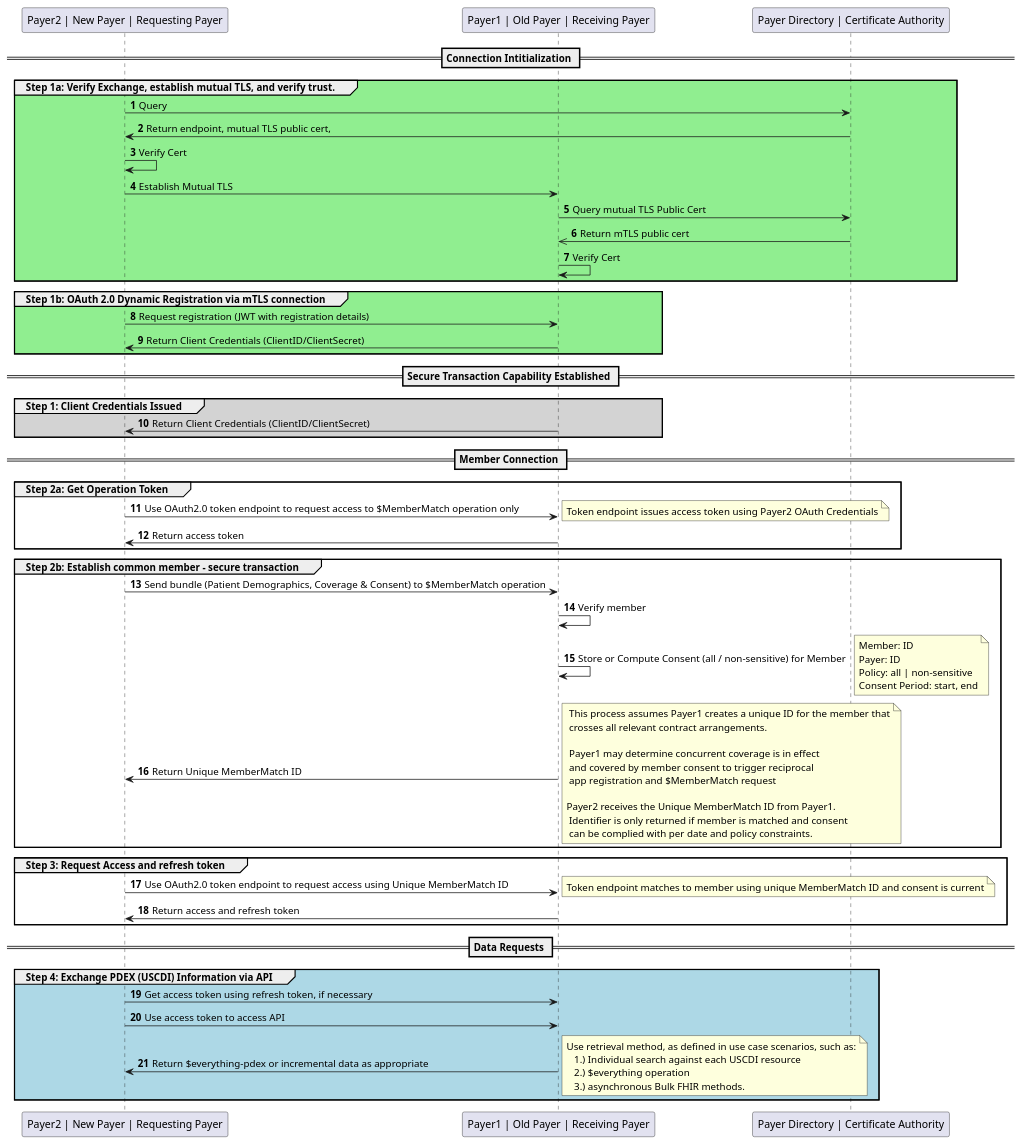
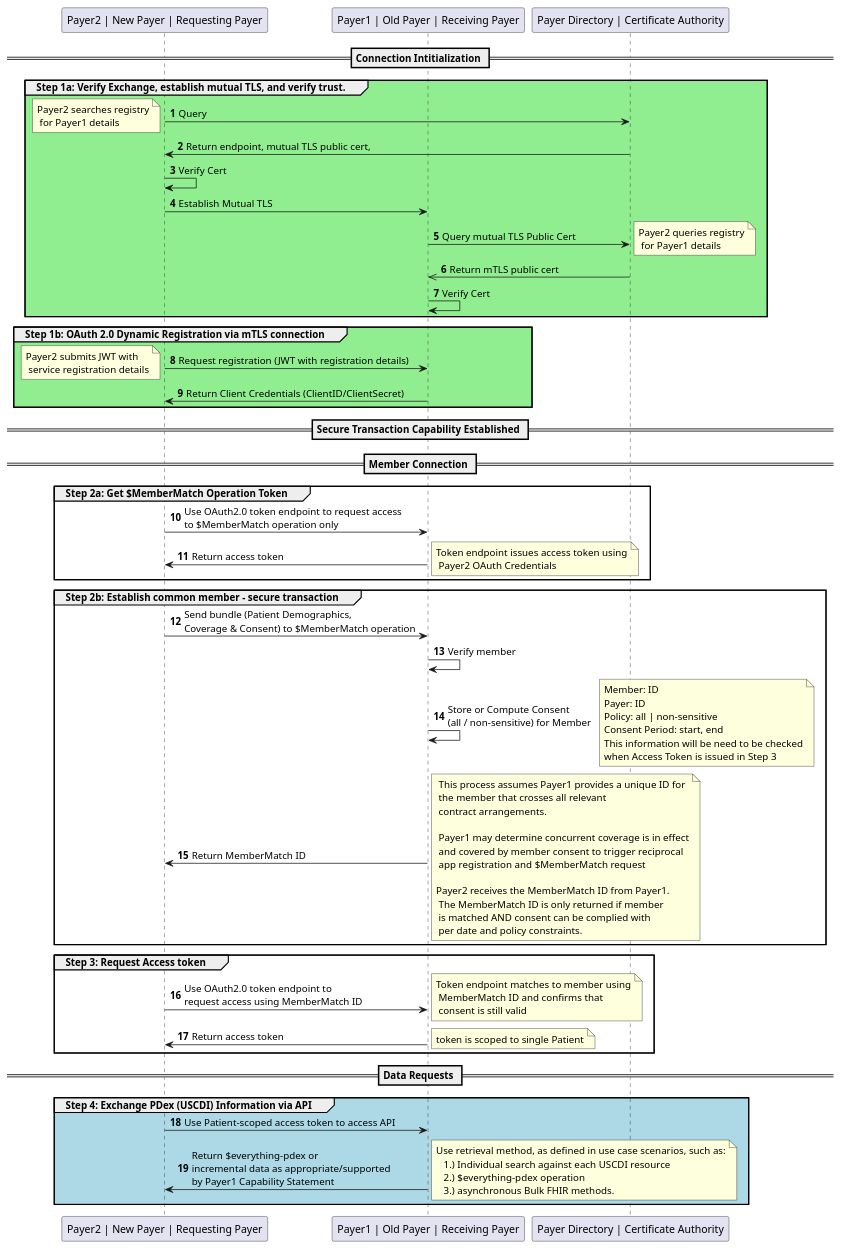
Before and after one commit to HL7/davinci-epdx: the diagram in input/images-source/authorization-consent.plantuml, drawn with PlantUML. The commit also changed 6 other files, not shown here.

Commit message:
Updated P2P flow. Updated Change History. Added PayerMemberMatch and Patient-Everything-pdex operation definitions. Member Match now incorporated in PDex and only uses profiles from HRex.

```diff
--- a/input/images-source/authorization-consent.plantuml
+++ b/input/images-source/authorization-consent.plantuml
@@ -1,79 +1,98 @@
 @startuml
 skinparam svgDimensionStyle false
 autonumber
 participant "Payer2 | New Payer | Requesting Payer" as Payer2
 participant "Payer1 | Old Payer | Receiving Payer" as Payer1
 participant "Payer Directory | Certificate Authority" as PayerDirectory
 == Connection Intitialization ==
 group #LightGreen Step 1a: Verify Exchange, establish mutual TLS, and verify trust.
 	Payer2 -> PayerDirectory : Query
+  note left
+  	Payer2 searches registry
+    for Payer1 details
+  endnote
 	PayerDirectory -> Payer2 : Return endpoint, mutual TLS public cert,
 	Payer2 -> Payer2 : Verify Cert
 	Payer2 -> Payer1 : Establish Mutual TLS
 	Payer1 -> PayerDirectory : Query mutual TLS Public Cert
+  note right
+  	Payer2 queries registry
+    for Payer1 details
+  endnote
 	PayerDirectory ->> Payer1 : Return mTLS public cert
 	Payer1 -> Payer1 : Verify Cert
 end
 group #lightGreen Step 1b: OAuth 2.0 Dynamic Registration via mTLS connection
 	Payer2 -> Payer1 : Request registration (JWT with registration details)
+	note left
+  	Payer2 submits JWT with
+    service registration details
+  endnote
   Payer1 -> Payer2 : Return Client Credentials (ClientID/ClientSecret)
+
 end
 == Secure Transaction Capability Established ==
-group #lightGrey Step 1: Client Credentials Issued
-	Payer1 -> Payer2 : Return Client Credentials (ClientID/ClientSecret)
-end
 
 == Member Connection ==
-group Step 2a: Get Operation Token
-	Payer2 -> Payer1 : Use OAuth2.0 token endpoint to request access to $MemberMatch operation only
+group Step 2a: Get $MemberMatch Operation Token
+	Payer2 -> Payer1 : Use OAuth2.0 token endpoint to request access \nto $MemberMatch operation only
+  Payer1 -> Payer2 : Return access token
   note right
-  	Token endpoint issues access token using Payer2 OAuth Credentials
+  	Token endpoint issues access token using
+    Payer2 OAuth Credentials
   endnote
-  Payer1 -> Payer2 : Return access token
 end
 group Step 2b: Establish common member - secure transaction
-	Payer2 -> Payer1 : Send bundle (Patient Demographics, Coverage & Consent) to $MemberMatch operation
+	Payer2 -> Payer1 : Send bundle (Patient Demographics, \nCoverage & Consent) to $MemberMatch operation
 	Payer1 -> Payer1 : Verify member
-  Payer1 -> Payer1 : Store or Compute Consent (all / non-sensitive) for Member
+  Payer1 -> Payer1 : Store or Compute Consent \n(all / non-sensitive) for Member
   note right
   Member: ID
   Payer: ID
   Policy: all | non-sensitive
   Consent Period: start, end
+  This information will be need to be checked
+  when Access Token is issued in Step 3
   endnote
 
-	Payer1 -> Payer2 : Return Unique MemberMatch ID
+	Payer1 -> Payer2 : Return MemberMatch ID
   note right
-    This process assumes Payer1 creates a unique ID for the member that
-    crosses all relevant contract arrangements.
+    This process assumes Payer1 provides a unique ID for
+    the member that crosses all relevant
+    contract arrangements.
 
     Payer1 may determine concurrent coverage is in effect
     and covered by member consent to trigger reciprocal
     app registration and $MemberMatch request
 
-  	Payer2 receives the Unique MemberMatch ID from Payer1.
-    Identifier is only returned if member is matched and consent
-    can be complied with per date and policy constraints.
+  	Payer2 receives the MemberMatch ID from Payer1.
+    The MemberMatch ID is only returned if member
+    is matched AND consent can be complied with
+    per date and policy constraints.
   endnote
 end
 
-group Step 3: Request Access and refresh token
-	Payer2 -> Payer1 : Use OAuth2.0 token endpoint to request access using Unique MemberMatch ID
+group Step 3: Request Access token
+	Payer2 -> Payer1 : Use OAuth2.0 token endpoint to \nrequest access using MemberMatch ID
   note right
-  	Token endpoint matches to member using unique MemberMatch ID and consent is current
+  	Token endpoint matches to member using
+    MemberMatch ID and confirms that
+    consent is still valid
   endnote
-  Payer1 -> Payer2 : Return access and refresh token
+  Payer1 -> Payer2 : Return access token
+  note right
+  	token is scoped to single Patient
+  endnote
 end
 == Data Requests ==
-group #LightBlue Step 4: Exchange PDEX (USCDI) Information via API
-	Payer2 -> Payer1 : Get access token using refresh token, if necessary
-  Payer2 -> Payer1 : Use access token to access API
-	Payer1 -> Payer2 : Return $everything-pdex or incremental data as appropriate
+group #LightBlue Step 4: Exchange PDex (USCDI) Information via API
+  Payer2 -> Payer1 : Use Patient-scoped access token to access API
+	Payer1 -> Payer2 : Return $everything-pdex or \nincremental data as appropriate/supported \nby Payer1 Capability Statement
   note right
   	Use retrieval method, as defined in use case scenarios, such as:
       1.) Individual search against each USCDI resource
-      2.) $everything operation
+      2.) $everything-pdex operation
       3.) asynchronous Bulk FHIR methods.
   endnote
 end
 @enduml
```
